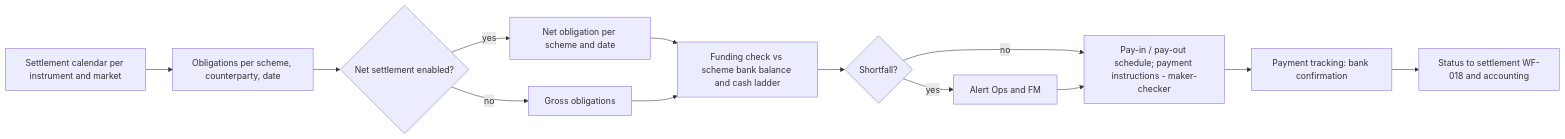
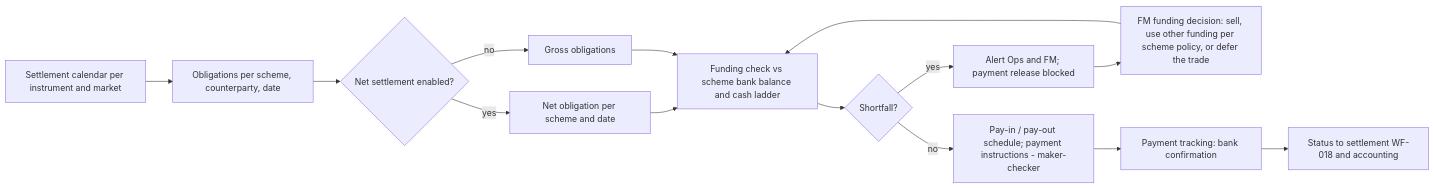
Diagram 27 of 29 in docs/02_business_architecture/BA-004_end_to_end_workflows.md (suchitdubey7/AMC-OS), drawn with Mermaid before and after one commit. The commit also changed other lines of this file and 3 other files, not shown here.

````diff
--- a/docs/02_business_architecture/BA-004_end_to_end_workflows.md
+++ b/docs/02_business_architecture/BA-004_end_to_end_workflows.md
@@ -929,15 +933,16 @@
 ```mermaid
 flowchart LR
   A[Settlement calendar per instrument and market] --> B[Obligations per scheme, counterparty, date]
   B --> C{Net settlement enabled?}
   C -- yes --> D[Net obligation per scheme and date]
   C -- no --> E[Gross obligations]
   D --> F[Funding check vs scheme bank balance and cash ladder]
   E --> F
   F --> G{Shortfall?}
-  G -- yes --> H[Alert Ops and FM]
+  G -- yes --> H[Alert Ops and FM; payment release blocked]
+  H --> H2[FM funding decision: sell, use other funding per scheme policy, or defer the trade]
+  H2 --> F
   G -- no --> I[Pay-in / pay-out schedule; payment instructions - maker-checker]
-  H --> I
   I --> J[Payment tracking: bank confirmation]
   J --> K[Status to settlement WF-018 and accounting]
 ```
````
